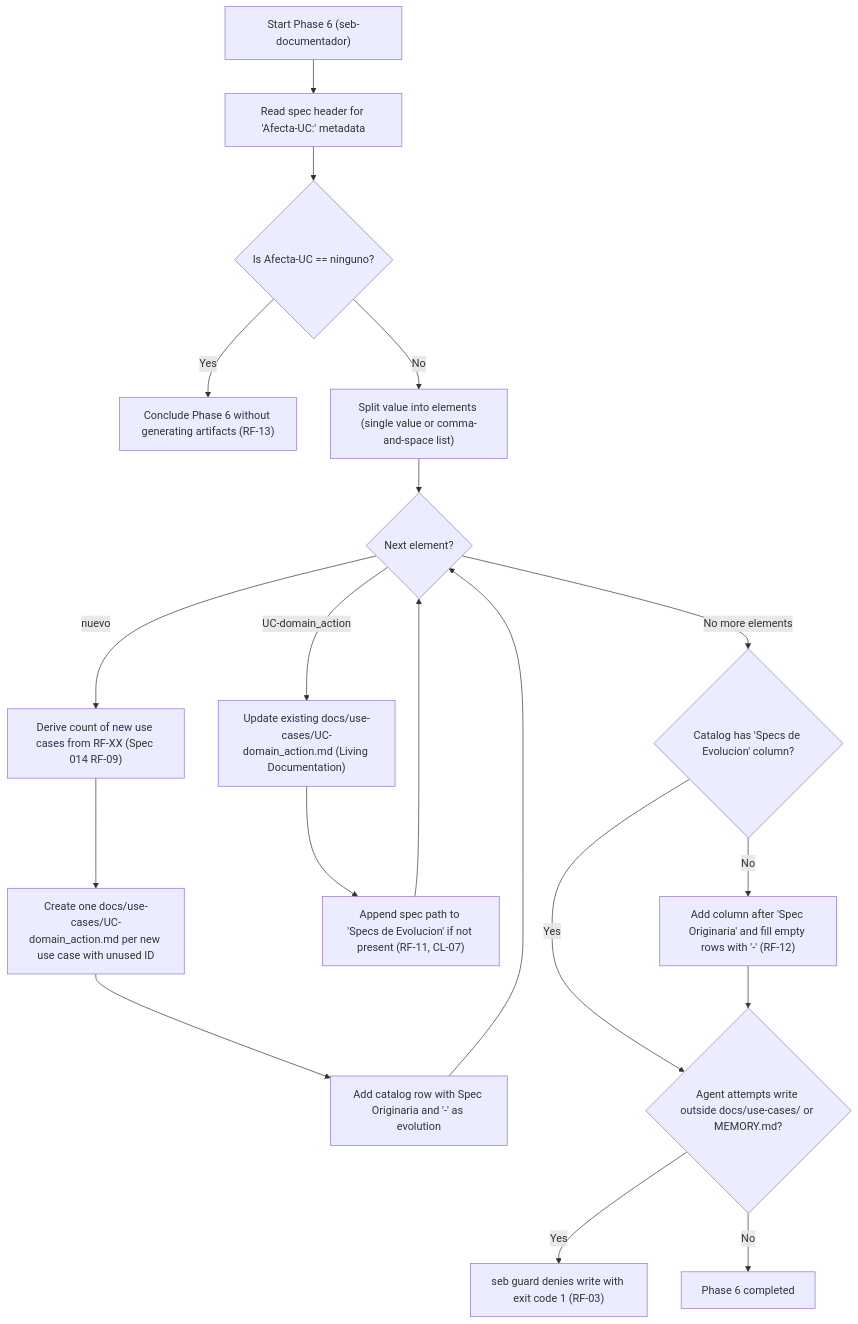
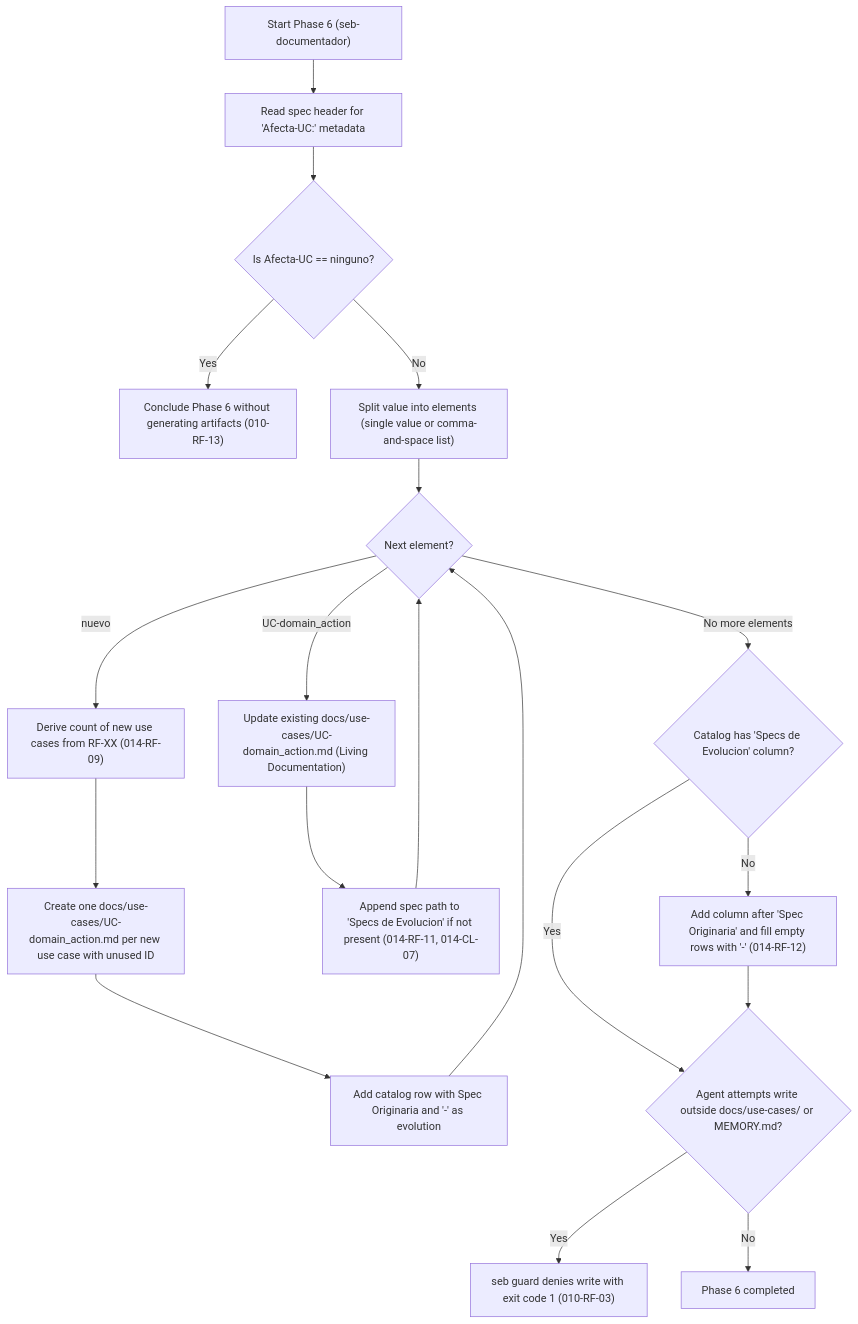
The second of 2 diagrams in docs/use-cases/UC-documentation_functional_generation.md (Calevin/seb-harness), drawn with Mermaid before and after one commit. The commit also changed other lines of this file and 78 other files, not shown here.

````diff
--- a/docs/use-cases/UC-documentation_functional_generation.md
+++ b/docs/use-cases/UC-documentation_functional_generation.md
@@ -44,23 +47,23 @@
 ```mermaid
 flowchart TD
     Start["Start Phase 6 (seb-documentador)"] --> ReadMeta["Read spec header for 'Afecta-UC:' metadata"]
     ReadMeta --> IsNone{"Is Afecta-UC == ninguno?"}
-    IsNone -- "Yes" --> SkipGen["Conclude Phase 6 without generating artifacts (RF-13)"]
+    IsNone -- "Yes" --> SkipGen["Conclude Phase 6 without generating artifacts (010-RF-13)"]
     IsNone -- "No" --> Split["Split value into elements (single value or comma-and-space list)"]
     Split --> NextElem{"Next element?"}
     NextElem -- "UC-domain_action" --> UpdateUC["Update existing docs/use-cases/UC-domain_action.md (Living Documentation)"]
-    NextElem -- "nuevo" --> Derive["Derive count of new use cases from RF-XX (Spec 014 RF-09)"]
+    NextElem -- "nuevo" --> Derive["Derive count of new use cases from RF-XX (014-RF-09)"]
     Derive --> CreateUC["Create one docs/use-cases/UC-domain_action.md per new use case with unused ID"]
     NextElem -- "No more elements" --> HasColumn{"Catalog has 'Specs de Evolucion' column?"}
 
-    UpdateUC --> AddEvolution["Append spec path to 'Specs de Evolucion' if not present (RF-11, CL-07)"]
+    UpdateUC --> AddEvolution["Append spec path to 'Specs de Evolucion' if not present (014-RF-11, 014-CL-07)"]
     AddEvolution --> NextElem
     CreateUC --> AddRow["Add catalog row with Spec Originaria and '-' as evolution"]
     AddRow --> NextElem
 
-    HasColumn -- "No" --> Migrate["Add column after 'Spec Originaria' and fill empty rows with '-' (RF-12)"]
+    HasColumn -- "No" --> Migrate["Add column after 'Spec Originaria' and fill empty rows with '-' (014-RF-12)"]
     HasColumn -- "Yes" --> GuardCheck
     Migrate --> GuardCheck{"Agent attempts write outside docs/use-cases/ or MEMORY.md?"}
-    GuardCheck -- "Yes" --> BlockWrite["seb guard denies write with exit code 1 (RF-03)"]
+    GuardCheck -- "Yes" --> BlockWrite["seb guard denies write with exit code 1 (010-RF-03)"]
     GuardCheck -- "No" --> Complete["Phase 6 completed"]
 ```
````
